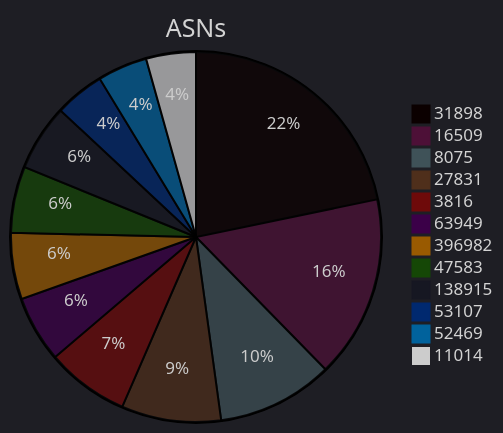
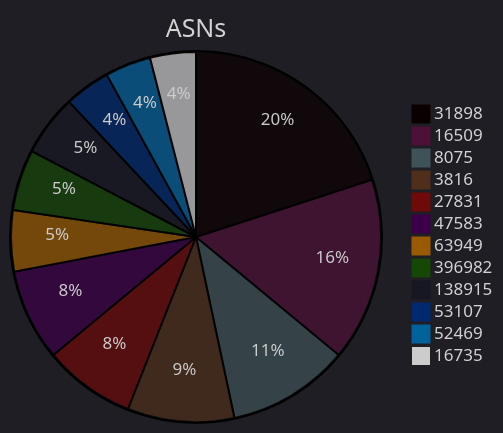
The third of 8 diagrams in zolim.md (ZoqueLabs/website), drawn with Mermaid before and after one commit. The commit also changed other lines of this file, not shown here.

````diff
--- a/zolim.md
+++ b/zolim.md
@@ -73,19 +73,19 @@
 ```mermaid
 ---
 config:
   theme: dark
 ---
 pie title ASNs
   "31898" : 15
-  "16509" : 11
-  "8075" : 7
+  "16509" : 12
+  "8075" : 8
+  "3816" : 7
   "27831" : 6
-  "3816" : 5
+  "47583" : 6
   "63949" : 4
   "396982" : 4
-  "47583" : 4
   "138915" : 4
   "53107" : 3
   "52469" : 3
-  "11014" : 3
+  "16735" : 3
 ```
````
